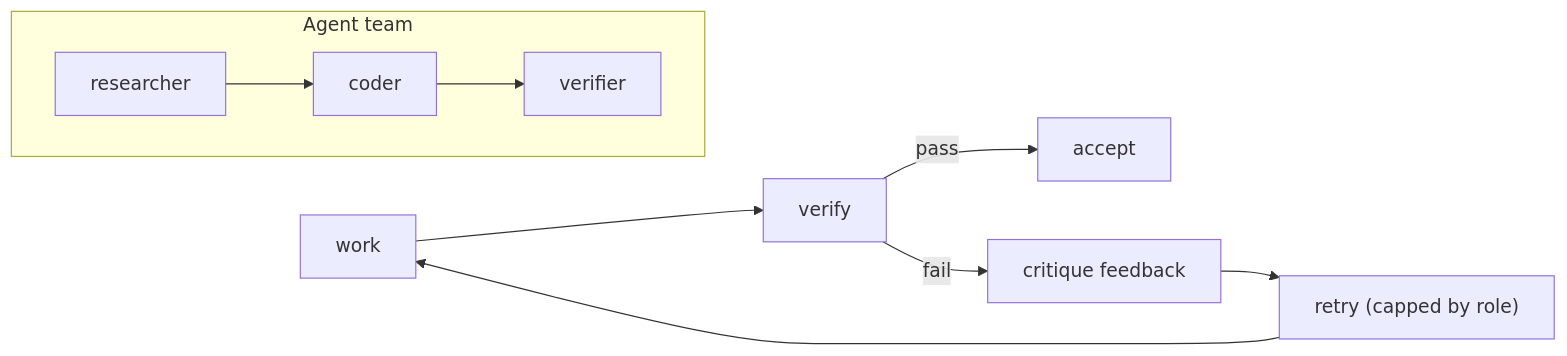
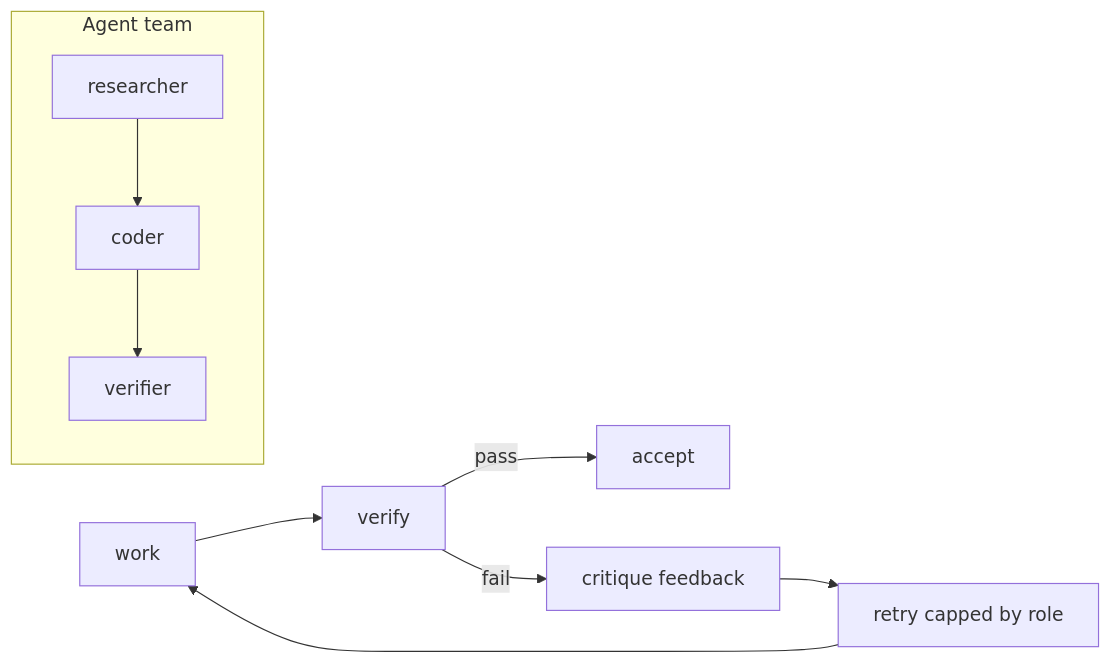
One commit to MrDecryptDecipher/EmilyOS changed the eighth of 18 diagrams in README.md. Above: the diagram before and after it, drawn with Mermaid. The commit also changed other lines of this file and 1 other file, not shown here.

First line of the commit message:
docs: fix Mermaid rendering on GitHub + add inline launch-film GIF

````diff
--- a/README.md
+++ b/README.md
@@ -258,12 +265,12 @@
 ```mermaid
 flowchart LR
   W["work"] --> V["verify"]
   V -->|pass| DONE["accept"]
   V -->|fail| C["critique feedback"]
-  C --> R["retry (capped by role)"]
+  C --> R["retry capped by role"]
   R --> W
+
   subgraph TEAM["Agent team"]
-    direction LR
     A1["researcher"] --> A2["coder"] --> A3["verifier"]
   end
 ```
````
